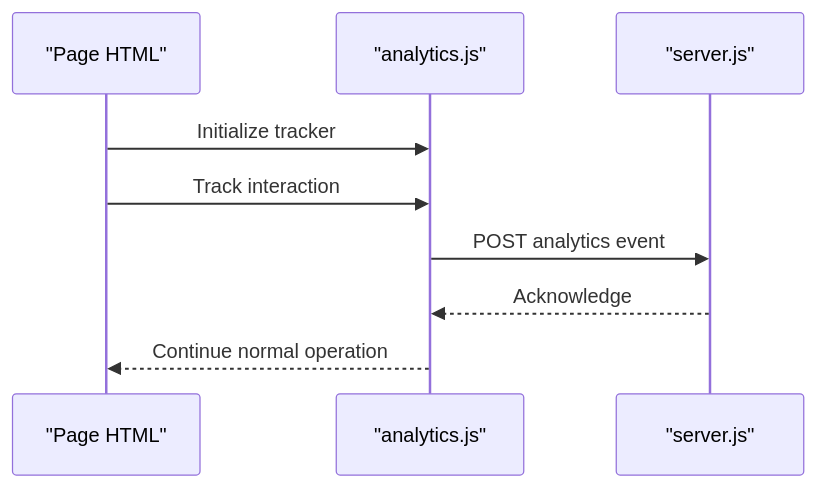
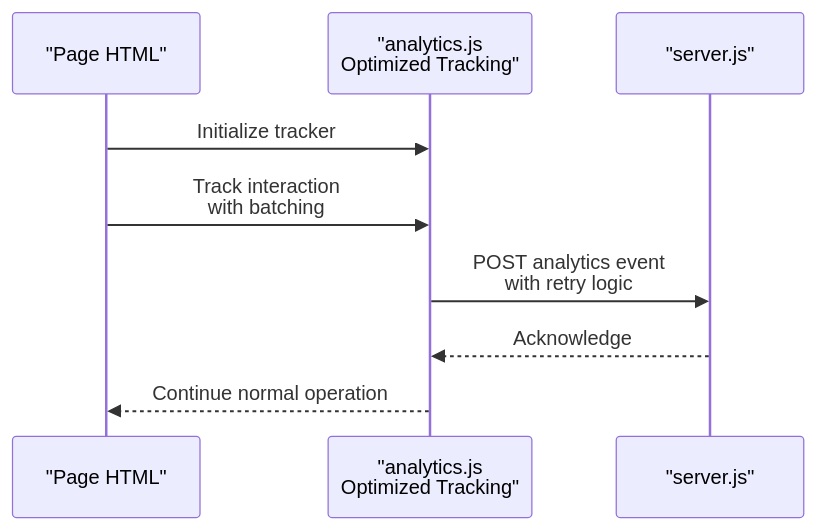
The sixth of 8 diagrams in .qoder/repowiki/en/content/Frontend Architecture/Frontend Architecture.md (Dunstun2/GeniusMind-Home-Schooling), drawn with Mermaid before and after one commit. The commit also changed other lines of this file and 42 other files, not shown here.

````diff
--- a/.qoder/repowiki/en/content/Frontend Architecture/Frontend Architecture.md
+++ b/.qoder/repowiki/en/content/Frontend Architecture/Frontend Architecture.md
@@ -365,11 +388,11 @@
 ```mermaid
 sequenceDiagram
 participant Page as "Page HTML"
-participant Analytics as "analytics.js"
+participant Analytics as "analytics.js<br/>Optimized Tracking"
 participant Server as "server.js"
 Page->>Analytics : Initialize tracker
-Page->>Analytics : Track interaction
-Analytics->>Server : POST analytics event
+Page->>Analytics : Track interaction<br/>with batching
+Analytics->>Server : POST analytics event<br/>with retry logic
 Server-->>Analytics : Acknowledge
 Analytics-->>Page : Continue normal operation
 ```
````
